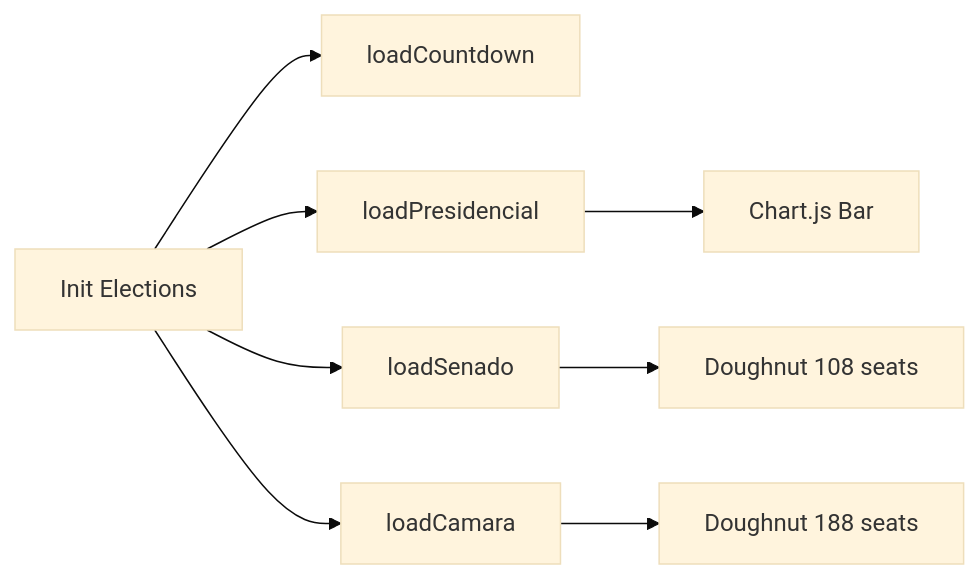
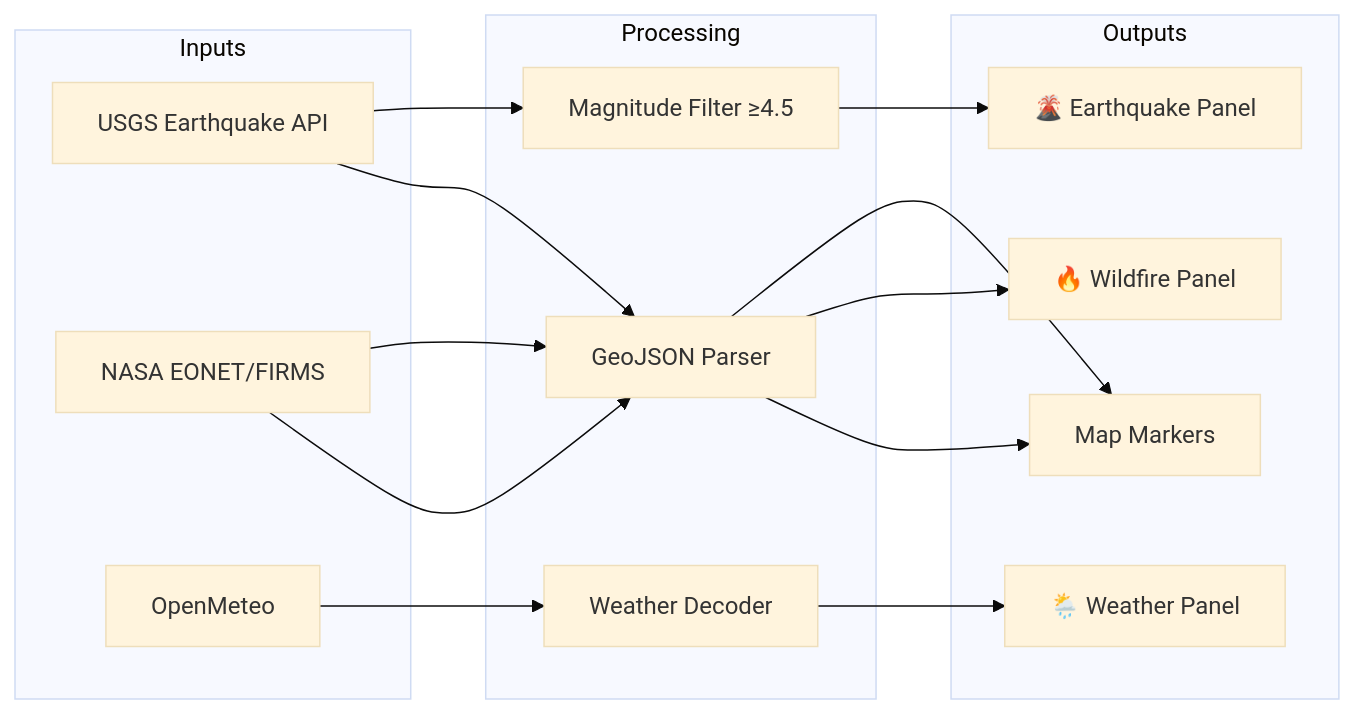
One commit to DOMINUSBABEL/colombia-live-monitor changed the fifth of 8 diagrams in README.md. Above: the diagram before and after it, drawn with Mermaid (base theme). The commit also changed other lines of this file, not shown here.

Commit message:
docs: Expand README 250% with v5.0 features, SECOP II, time filters, D'Hondt simulator, full API reference

````diff
--- a/README.md
+++ b/README.md
@@ -99,11 +285,27 @@
 ```mermaid
 flowchart LR
-    Start[Init Elections] --> Countdown[loadCountdown]
-    Start --> Polls[loadPresidencial]
-    Start --> Senate[loadSenado]
-    Start --> Chamber[loadCamara]
+    subgraph Inputs
+        USGS[USGS Earthquake API]
+        NASA[NASA EONET/FIRMS]
+        OM[OpenMeteo]
+    end
     
-    Polls --> ChartBar[Chart.js Bar]
-    Senate --> ChartDonut1[Doughnut 108 seats]
-    Chamber --> ChartDonut2[Doughnut 188 seats]
+    subgraph Processing
+        Filter[Magnitude Filter ≥4.5]
+        Geo[GeoJSON Parser]
+        Weather[Weather Decoder]
+    end
+    
+    subgraph Outputs
+        EQ[🌋 Earthquake Panel]
+        Fire[🔥 Wildfire Panel]
+        Climate[🌦️ Weather Panel]
+        MapLayer[Map Markers]
+    end
+    
+    USGS --> Filter --> EQ
+    USGS --> Geo --> MapLayer
+    NASA --> Geo --> Fire
+    NASA --> Geo --> MapLayer
+    OM --> Weather --> Climate
 ```
````
